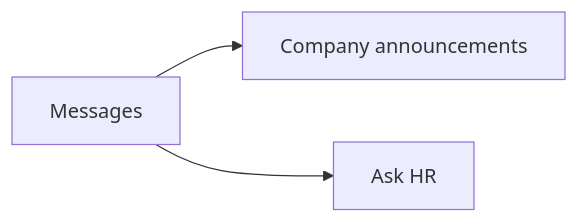
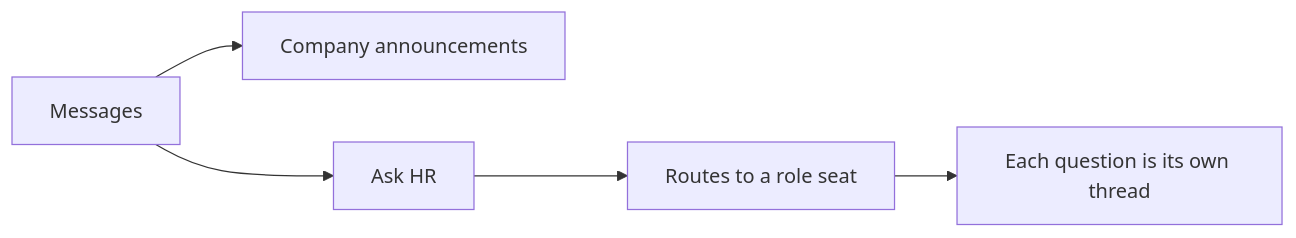
One commit to staceykay67/scalemaker-hris-showcase changed the fourth of 18 diagrams in README.md. Above: the diagram before and after it, drawn with Mermaid. The commit also changed other lines of this file, not shown here.

````diff
--- a/README.md
+++ b/README.md
@@ -226,5 +243,7 @@
 ```mermaid
 flowchart LR
     Messages["Messages"] --> Announcements["Company announcements"]
     Messages --> Ask["Ask HR"]
+    Ask --> Seat["Routes to a role seat"]
+    Seat --> Thread["Each question is its own thread"]
 ```
````
